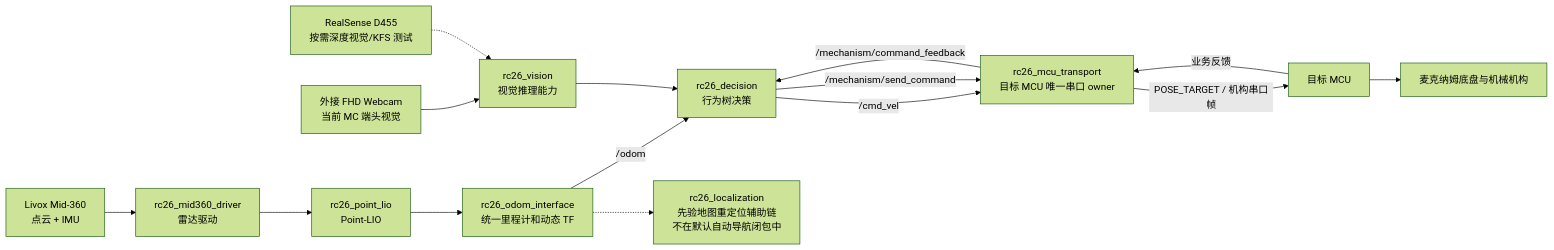
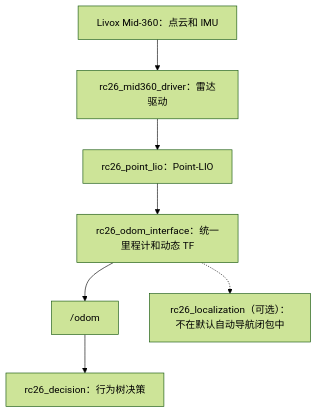
The first of 4 diagrams in README.md (potato484/RC_2026), drawn with Mermaid (forest theme) before and after one commit. The commit also changed other lines of this file, not shown here.

Commit message:
docs: 优化 GitHub 主运行链图表显示

````diff
--- a/README.md
+++ b/README.md
@@ -40,20 +44,9 @@
 ```mermaid
-flowchart LR
-    LIDAR["Livox Mid-360<br/>点云 + IMU"] --> DRIVER["rc26_mid360_driver<br/>雷达驱动"]
-    DRIVER --> LIO["rc26_point_lio<br/>Point-LIO"]
-    LIO --> ODOM_IF["rc26_odom_interface<br/>统一里程计和动态 TF"]
-    ODOM_IF -->|"/odom"| DECISION["rc26_decision<br/>行为树决策"]
-
-    FHD["外接 FHD Webcam<br/>当前 MC 端头视觉"] --> VISION["rc26_vision<br/>视觉推理能力"]
-    D455["RealSense D455<br/>按需深度视觉/KFS 测试"] -.-> VISION
-    VISION --> DECISION
-
-    DECISION -->|"/cmd_vel"| TRANSPORT["rc26_mcu_transport<br/>目标 MCU 唯一串口 owner"]
-    DECISION -->|"/mechanism/send_command"| TRANSPORT
-    TRANSPORT -->|"POSE_TARGET / 机构串口帧"| MCU["目标 MCU"]
-    MCU --> CHASSIS["麦克纳姆底盘与机械机构"]
-    MCU -->|"业务反馈"| TRANSPORT
-    TRANSPORT -->|"/mechanism/command_feedback"| DECISION
-
-    ODOM_IF -.-> LOCALIZATION["rc26_localization<br/>先验地图重定位辅助链<br/>不在默认自动导航闭包中"]
+flowchart TB
+    LIDAR["Livox Mid-360：点云和 IMU"] --> DRIVER["rc26_mid360_driver：雷达驱动"]
+    DRIVER --> LIO["rc26_point_lio：Point-LIO"]
+    LIO --> ODOM_IF["rc26_odom_interface：统一里程计和动态 TF"]
+    ODOM_IF --> ODOM["/odom"]
+    ODOM --> DECISION["rc26_decision：行为树决策"]
+    ODOM_IF -.-> LOCALIZATION["rc26_localization（可选）：不在默认自动导航闭包中"]
 ```
````
